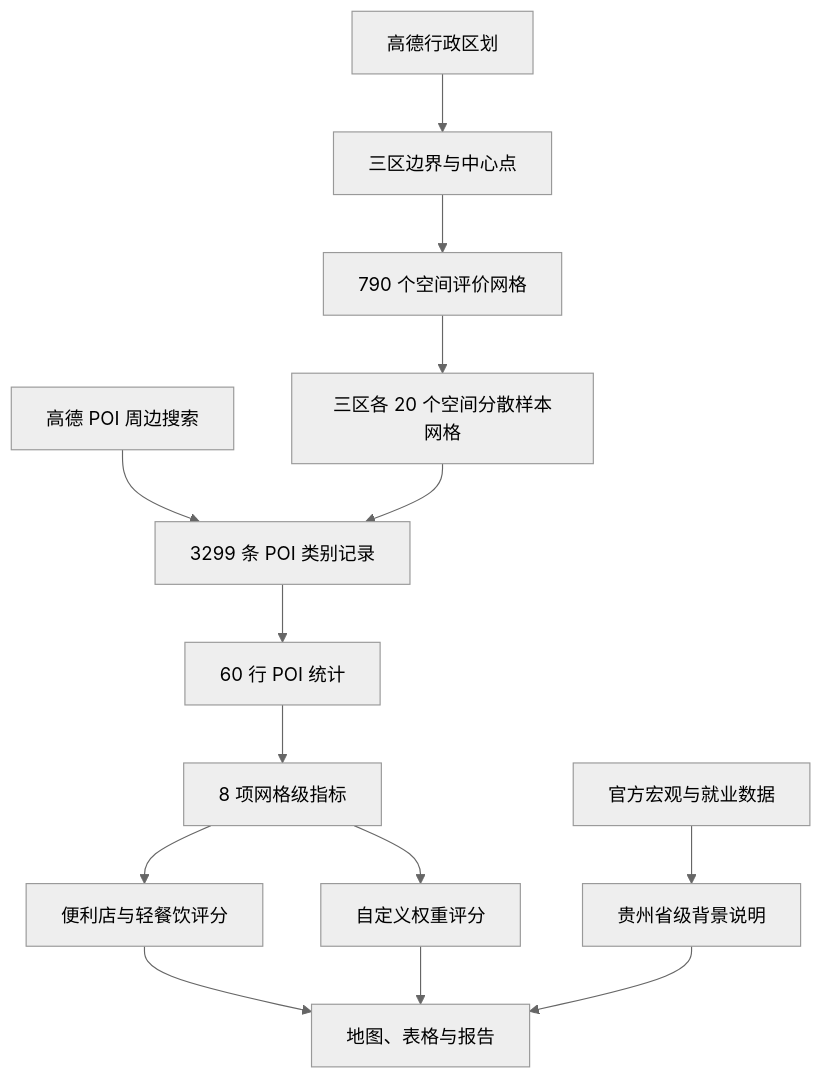
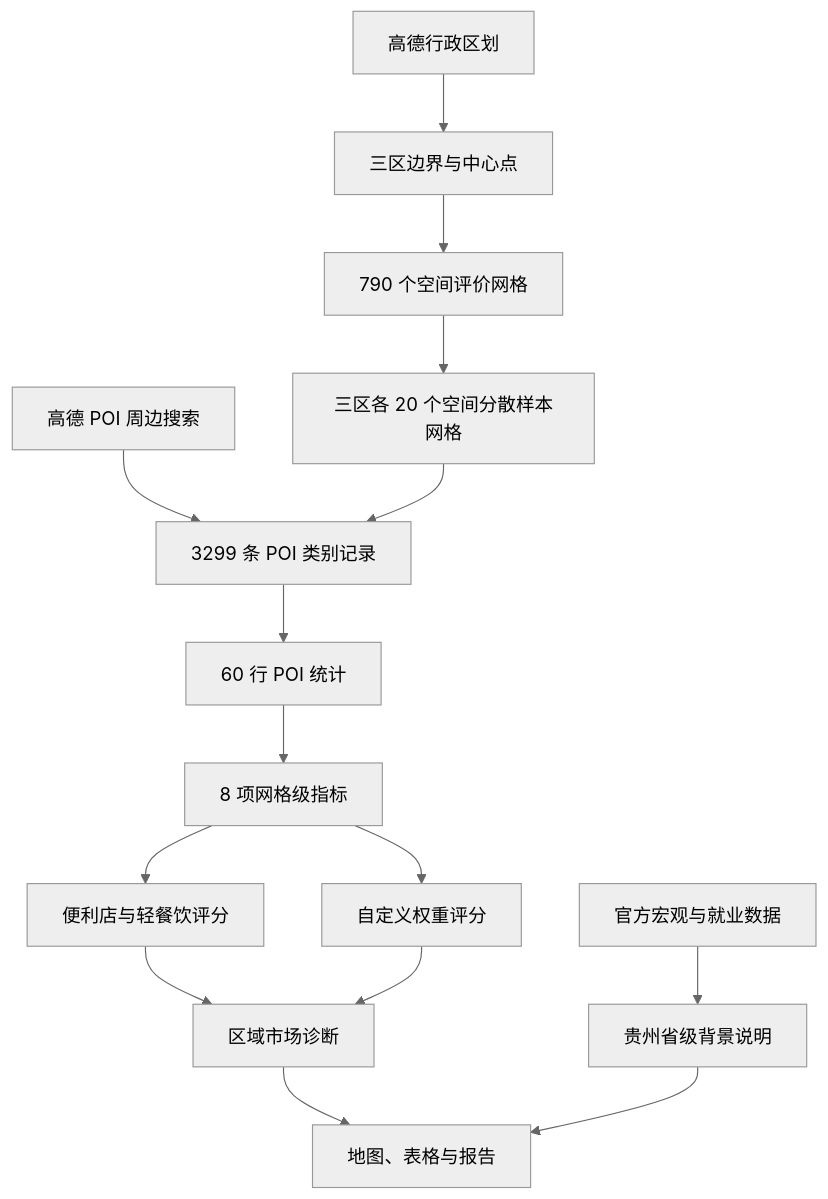
The second of 3 diagrams in docs/黔址优选_v2项目说明材料.md (Brolem/qianzhi_selection), drawn with Mermaid (neutral theme) before and after one commit. The commit also changed other lines of this file and 20 other files, not shown here.

````diff
--- a/docs/黔址优选_v2项目说明材料.md
+++ b/docs/黔址优选_v2项目说明材料.md
@@ -196,16 +199,17 @@
 ```mermaid
 flowchart TD
     A["官方宏观与就业数据"] --> B["贵州省级背景说明"]
     C["高德行政区划"] --> D["三区边界与中心点"]
     D --> E["790 个空间评价网格"]
     E --> F["三区各 20 个空间分散样本网格"]
     G["高德 POI 周边搜索"] --> H["3299 条 POI 类别记录"]
     F --> H
     H --> I["60 行 POI 统计"]
     I --> J["8 项网格级指标"]
     J --> K["便利店与轻餐饮评分"]
     J --> L["自定义权重评分"]
-    K --> M["地图、表格与报告"]
-    L --> M
+    K --> M0["区域市场诊断"]
+    L --> M0
+    M0 --> M["地图、表格与报告"]
     B --> M
 ```
````
